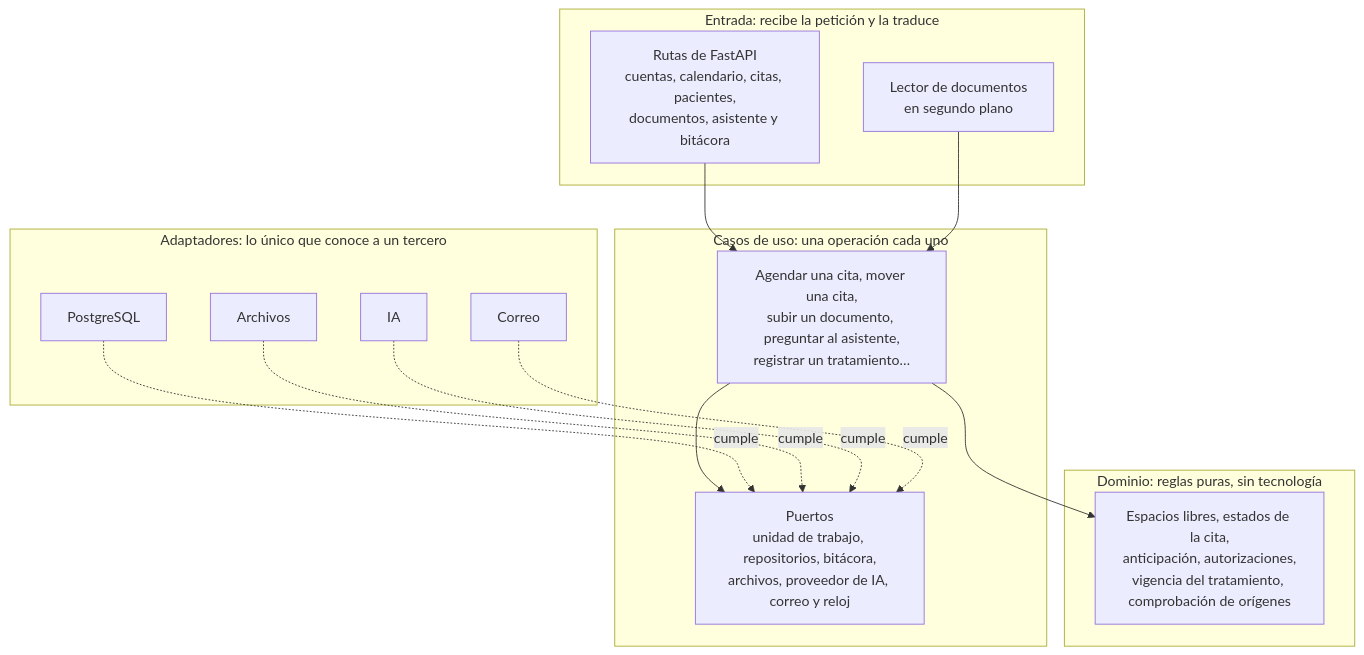
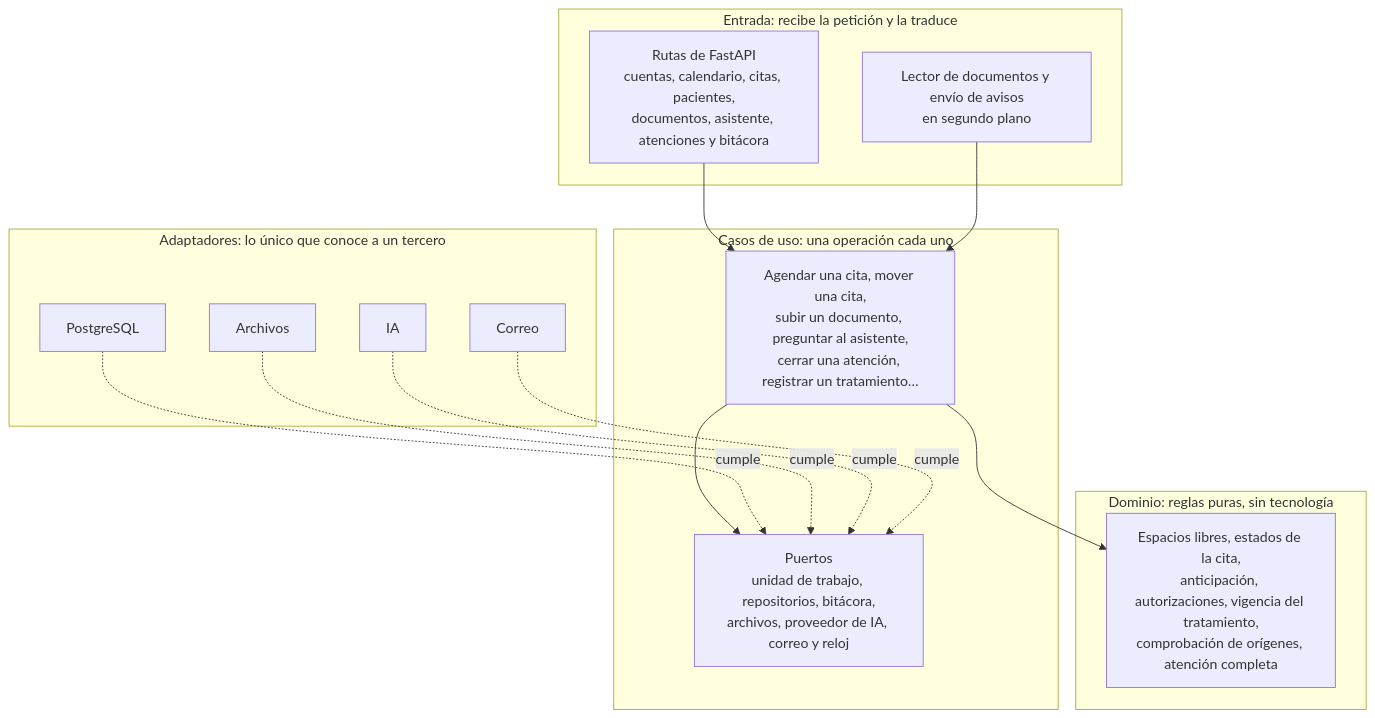
The third of 14 diagrams in diseno/06-diagramas-de-arquitectura.md (JAOSjavi/vitalia), drawn with Mermaid before and after one commit. The commit also changed other lines of this file and 45 other files, not shown here.

````diff
--- a/diseno/06-diagramas-de-arquitectura.md
+++ b/diseno/06-diagramas-de-arquitectura.md
@@ -65,32 +65,32 @@
 ```mermaid
 flowchart TB
     subgraph entrada["Entrada: recibe la petición y la traduce"]
-        R["Rutas de FastAPI<br/>cuentas, calendario, citas, pacientes,<br/>documentos, asistente y bitácora"]
-        L["Lector de documentos<br/>en segundo plano"]
+        R["Rutas de FastAPI<br/>cuentas, calendario, citas, pacientes,<br/>documentos, asistente, atenciones y bitácora"]
+        L["Lector de documentos y envío de avisos<br/>en segundo plano"]
     end
 
     subgraph casos["Casos de uso: una operación cada uno"]
-        C["Agendar una cita, mover una cita,<br/>subir un documento, preguntar al asistente,<br/>registrar un tratamiento…"]
+        C["Agendar una cita, mover una cita,<br/>subir un documento, preguntar al asistente,<br/>cerrar una atención, registrar un tratamiento…"]
         P["Puertos<br/>unidad de trabajo, repositorios, bitácora,<br/>archivos, proveedor de IA, correo y reloj"]
     end
 
     subgraph dominio["Dominio: reglas puras, sin tecnología"]
-        D["Espacios libres, estados de la cita,<br/>anticipación, autorizaciones,<br/>vigencia del tratamiento, comprobación de orígenes"]
+        D["Espacios libres, estados de la cita,<br/>anticipación, autorizaciones, vigencia del tratamiento,<br/>comprobación de orígenes, atención completa"]
     end
 
     subgraph adaptadores["Adaptadores: lo único que conoce a un tercero"]
         A1["PostgreSQL"]
         A2["Archivos"]
         A3["IA"]
         A4["Correo"]
     end
 
     R --> C
     L --> C
     C --> D
     C --> P
     A1 -. "cumple" .-> P
     A2 -. "cumple" .-> P
     A3 -. "cumple" .-> P
     A4 -. "cumple" .-> P
 ```
````
